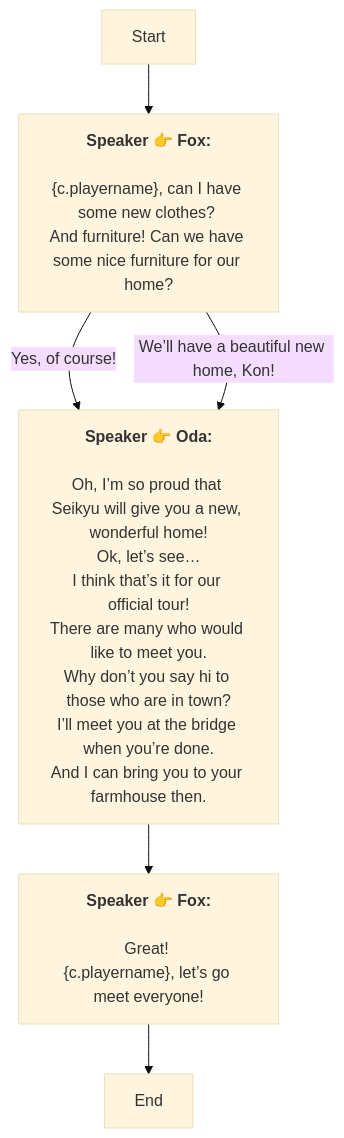
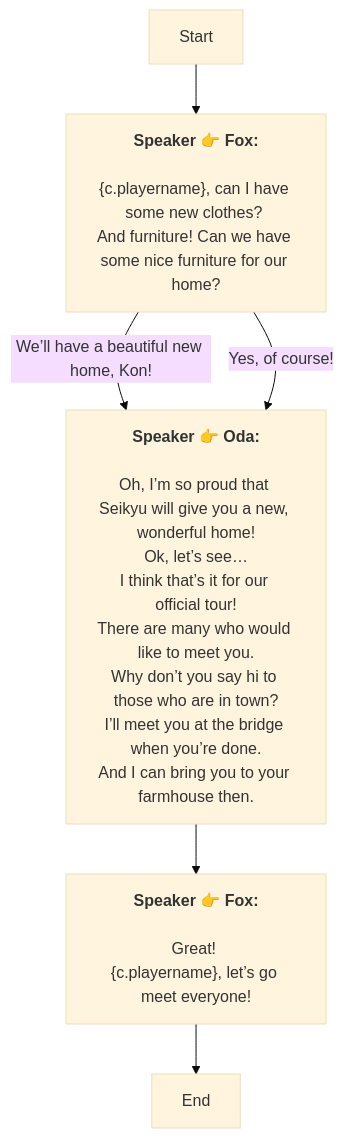
Before and after one commit to SoftHu/tos_avg: the diagram in Zh/QuestStartTalkENode_1775360279371205.md, drawn with Mermaid (base theme). The commit also changed other lines of this file and 780 other files, not shown here.

````diff
--- a/Zh/QuestStartTalkENode_1775360279371205.md
+++ b/Zh/QuestStartTalkENode_1775360279371205.md
@@ -1,21 +1,21 @@
 ```mermaid
 graph
 Start -->1775360387026377[<b>Speaker 👉 Fox:</b>
 \n&lbrace;c.playername&rbrace;, can I have some new clothes? 
 And furniture! Can we have some nice furniture for our home?]
-1775360387026377 -->|Yes, of course!|1775360447347154[<b>Speaker 👉 Oda:</b>
+1775360387026377 -->|We’ll have a beautiful new home, Kon!|1775360447347154[<b>Speaker 👉 Oda:</b>
 \nOh, I’m so proud that Seikyu will give you a new, wonderful home!\nOk, let’s see…
 I think that’s it for our official tour!\nThere are many who would like to meet you.
 Why don’t you say hi to those who are in town?\nI’ll meet you at the bridge when you’re done.
 And I can bring you to your farmhouse then.]
-1775360387026377 -->|We’ll have a beautiful new home, Kon!|1775360447347154[<b>Speaker 👉 Oda:</b>
+1775360387026377 -->|Yes, of course!|1775360447347154[<b>Speaker 👉 Oda:</b>
 \nOh, I’m so proud that Seikyu will give you a new, wonderful home!\nOk, let’s see…
 I think that’s it for our official tour!\nThere are many who would like to meet you.
 Why don’t you say hi to those who are in town?\nI’ll meet you at the bridge when you’re done.
 And I can bring you to your farmhouse then.]
 1775360447347154 -->1775360553056733[<b>Speaker 👉 Fox:</b>
 \nGreat! 
 &lbrace;c.playername&rbrace;, let’s go meet everyone!]
 1775360553056733 -->1775360326093256[End]
 
 ```
````
